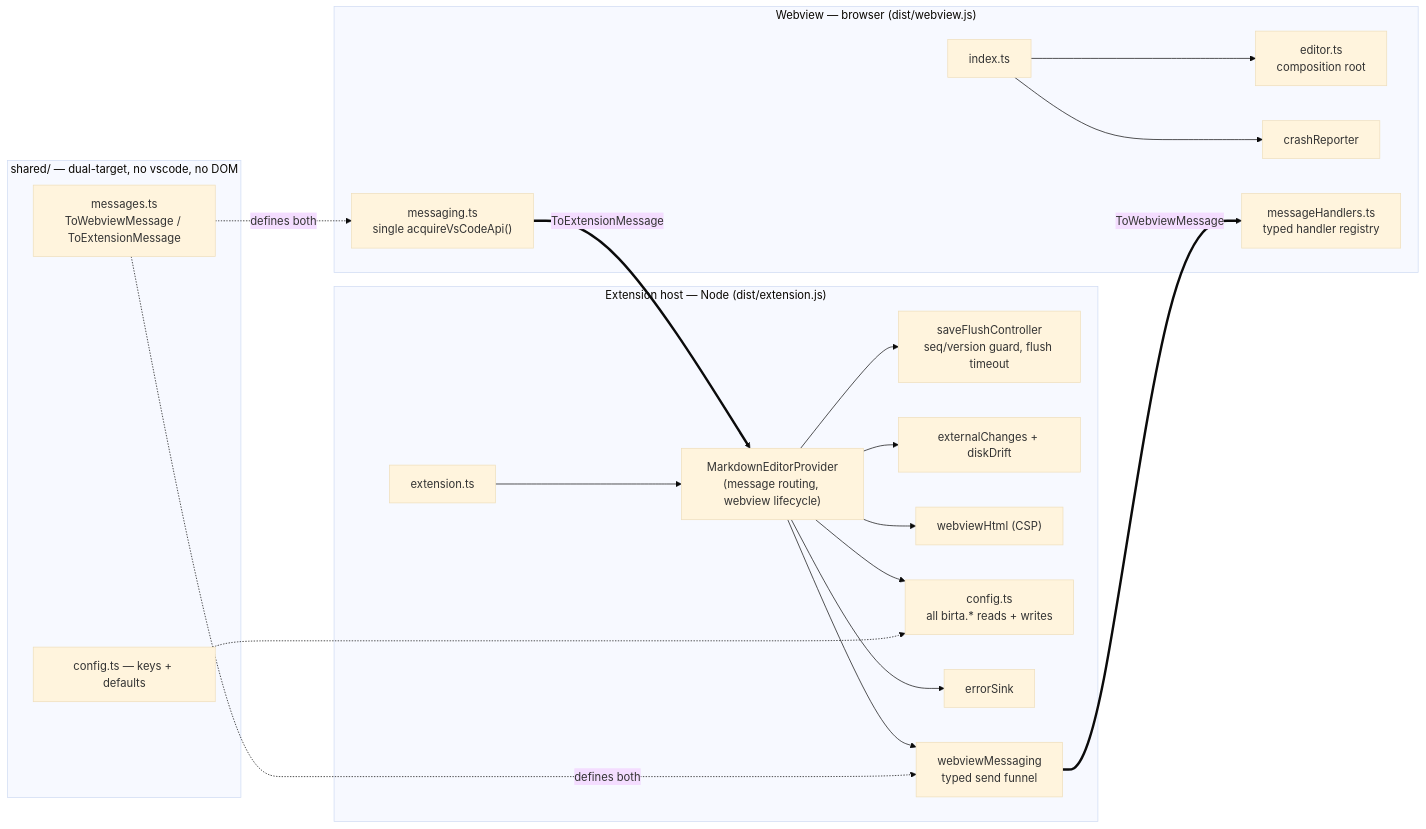
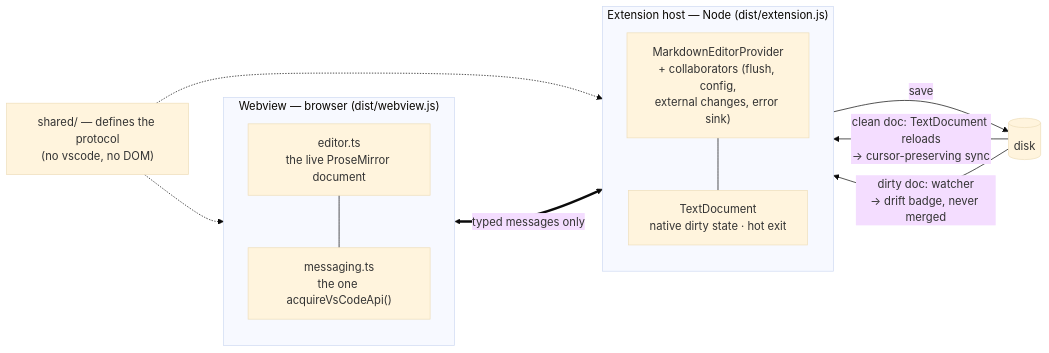
One commit to harlanlewis/birta-writer changed the first of 3 diagrams in README.md. Above: the diagram before and after it, drawn with Mermaid (base theme). The commit also changed other lines of this file, not shown here.

First line of the commit message:
docs: consolidate the README architecture diagrams from five to three

````diff
--- a/README.md
+++ b/README.md
@@ -168,27 +168,24 @@
 ```mermaid
 flowchart LR
-    subgraph ext["Extension host — Node (dist/extension.js)"]
-        E["extension.ts"] --> P["MarkdownEditorProvider<br/>(message routing, webview lifecycle)"]
-        P --> SFC["saveFlushController<br/>seq/version guard, flush timeout"]
-        P --> XC["externalChanges + diskDrift"]
-        P --> WH["webviewHtml (CSP)"]
-        P --> CFG["config.ts<br/>all birta.* reads + writes"]
-        P --> SINK["errorSink"]
-        P --> WM["webviewMessaging<br/>typed send funnel"]
+    subgraph WV["Webview — browser (dist/webview.js)"]
+        direction TB
+        ED["editor.ts<br/>the live ProseMirror document"]
+        MW["messaging.ts<br/>the one acquireVsCodeApi()"]
+        ED --- MW
     end
-    subgraph sh["shared/ — dual-target, no vscode, no DOM"]
-        MSG["messages.ts<br/>ToWebviewMessage / ToExtensionMessage"]
-        SCFG["config.ts — keys + defaults"]
+    subgraph EXT["Extension host — Node (dist/extension.js)"]
+        direction TB
+        P["MarkdownEditorProvider<br/>+ collaborators (flush, config,<br/>external changes, error sink)"]
+        TD["TextDocument<br/>native dirty state · hot exit"]
+        P --- TD
     end
-    subgraph wv["Webview — browser (dist/webview.js)"]
-        IDX["index.ts"] --> ED["editor.ts<br/>composition root"]
-        IDX --> CR["crashReporter"]
-        M["messaging.ts<br/>single acquireVsCodeApi()"]
-        MH["messageHandlers.ts<br/>typed handler registry"]
-    end
-    WM ==>|"ToWebviewMessage"| MH
-    M ==>|"ToExtensionMessage"| P
-    MSG -.->|defines both| WM
-    MSG -.->|defines both| M
-    SCFG -.-> CFG
+    SH["shared/ — defines the protocol<br/>(no vscode, no DOM)"]
+    D[("disk")]
+
+    MW <==>|"typed messages only"| P
+    SH -.-> MW
+    SH -.-> P
+    TD -->|save| D
+    D -->|"clean doc: TextDocument reloads<br/>→ cursor-preserving sync"| P
+    D -->|"dirty doc: watcher<br/>→ drift badge, never merged"| P
 ```
````
